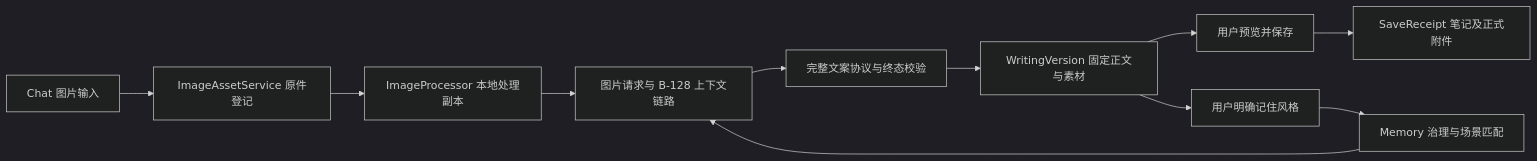
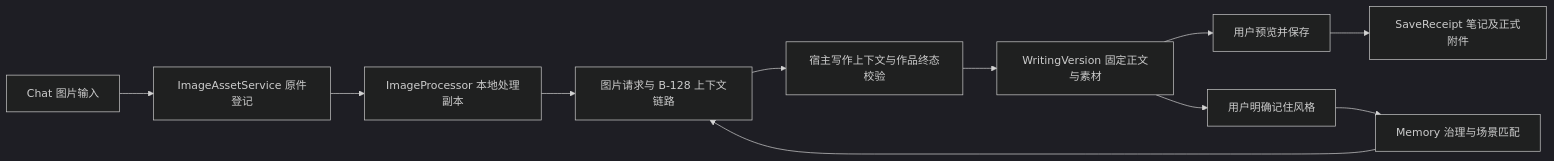
One commit to edonyzpc/personal-assistant changed the diagram in docs/architecture/multimodal-chat-architecture.md. Above: the diagram before and after it, drawn with Mermaid (dark theme). The commit also changed other lines of this file and 6 other files, not shown here.

````diff
--- a/docs/architecture/multimodal-chat-architecture.md
+++ b/docs/architecture/multimodal-chat-architecture.md
@@ -43,13 +43,13 @@
 ```mermaid
 flowchart LR
   A[Chat 图片输入] --> B[ImageAssetService 原件登记]
   B --> C[ImageProcessor 本地处理副本]
   C --> D[图片请求与 B-128 上下文链路]
-  D --> E[完整文案协议与终态校验]
+  D --> E[宿主写作上下文与作品终态校验]
   E --> F[WritingVersion 固定正文与素材]
   F --> G[用户预览并保存]
   G --> H[SaveReceipt 笔记及正式附件]
   F --> I[用户明确记住风格]
   I --> J[Memory 治理与场景匹配]
   J --> D
 ```
````
